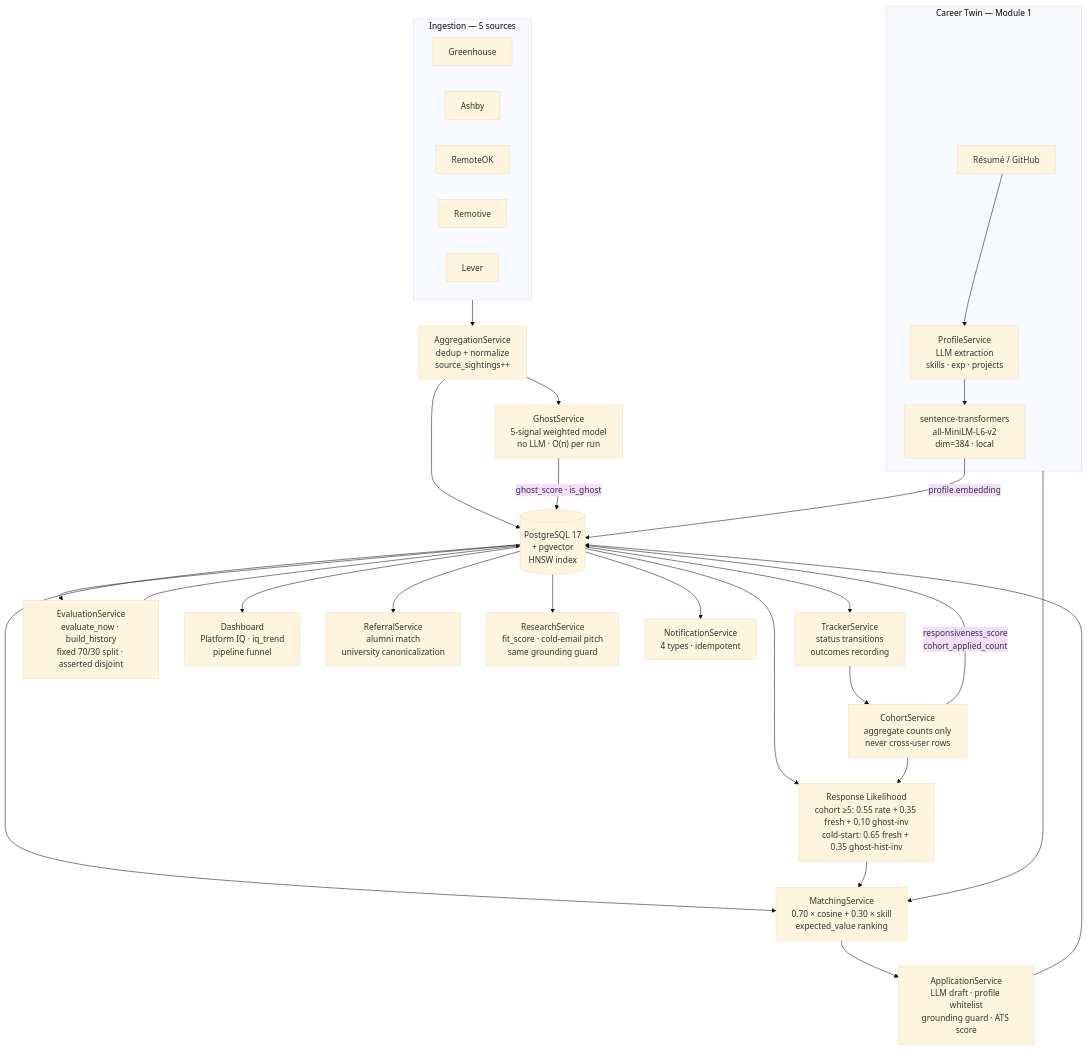
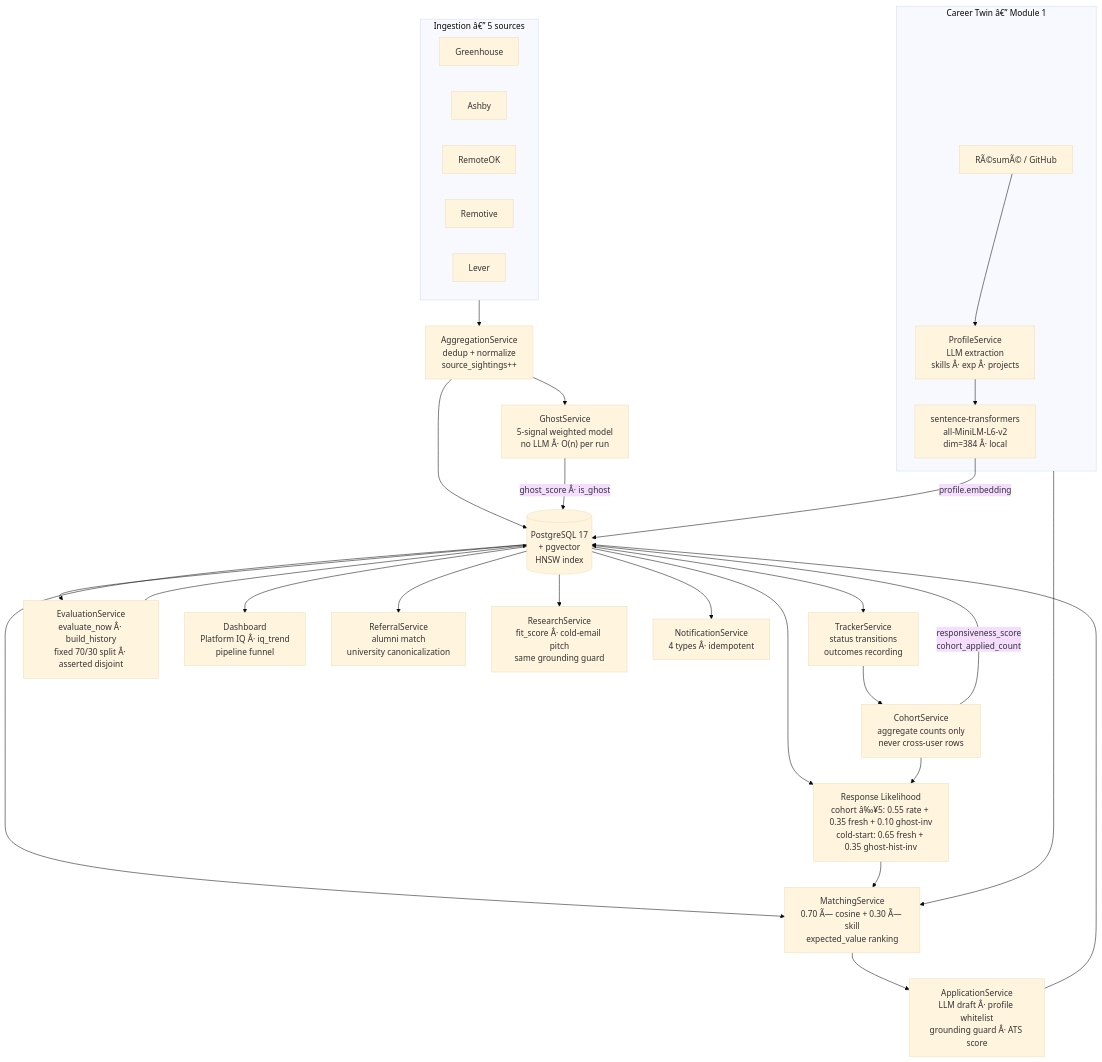
Before and after one commit to JhanviBarot/InternPilot: the diagram in DOCUMENTATION.md, drawn with Mermaid (base theme). The commit also changed other lines of this file and 2 other files, not shown here.

````diff
--- a/DOCUMENTATION.md
+++ b/DOCUMENTATION.md
@@ -93,42 +93,42 @@
 ```mermaid
 flowchart TD
-    subgraph SRC["Ingestion — 5 sources"]
+    subgraph SRC["Ingestion â€” 5 sources"]
         G[Greenhouse] & A[Ashby] & RO[RemoteOK] & RV[Remotive] & LV[Lever]
     end
 
     SRC --> AGG["AggregationService\ndedup + normalize\nsource_sightings++"]
     AGG --> PG[("PostgreSQL 17\n+ pgvector\nHNSW index")]
 
-    AGG --> GHOST["GhostService\n5-signal weighted model\nno LLM · O(n) per run"]
-    GHOST -->|"ghost_score · is_ghost"| PG
+    AGG --> GHOST["GhostService\n5-signal weighted model\nno LLM Â· O(n) per run"]
+    GHOST -->|"ghost_score Â· is_ghost"| PG
 
-    subgraph TWIN["Career Twin — Module 1"]
-        RES["Résumé / GitHub"] --> PROF["ProfileService\nLLM extraction\nskills · exp · projects"]
-        PROF --> EMB["sentence-transformers\nall-MiniLM-L6-v2\ndim=384 · local"]
+    subgraph TWIN["Career Twin â€” Module 1"]
+        RES["RÃ©sumÃ© / GitHub"] --> PROF["ProfileService\nLLM extraction\nskills Â· exp Â· projects"]
+        PROF --> EMB["sentence-transformers\nall-MiniLM-L6-v2\ndim=384 Â· local"]
     end
 
     EMB -->|"profile.embedding"| PG
 
-    PG --> MATCH["MatchingService\n0.70 × cosine + 0.30 × skill\nexpected_value ranking"]
+    PG --> MATCH["MatchingService\n0.70 Ã— cosine + 0.30 Ã— skill\nexpected_value ranking"]
     TWIN --> MATCH
 
-    PG --> RL["Response Likelihood\ncohort ≥5: 0.55 rate + 0.35 fresh + 0.10 ghost-inv\ncold-start: 0.65 fresh + 0.35 ghost-hist-inv"]
+    PG --> RL["Response Likelihood\ncohort â‰¥5: 0.55 rate + 0.35 fresh + 0.10 ghost-inv\ncold-start: 0.65 fresh + 0.35 ghost-hist-inv"]
     RL --> MATCH
 
-    MATCH --> APPAS["ApplicationService\nLLM draft · profile whitelist\ngrounding guard · ATS score"]
+    MATCH --> APPAS["ApplicationService\nLLM draft Â· profile whitelist\ngrounding guard Â· ATS score"]
     APPAS --> PG
 
     PG --> TRACK["TrackerService\nstatus transitions\noutcomes recording"]
     TRACK --> COHORT["CohortService\naggregate counts only\nnever cross-user rows"]
     COHORT -->|"responsiveness_score\ncohort_applied_count"| PG
     COHORT --> RL
 
-    PG --> EVAL["EvaluationService\nevaluate_now · build_history\nfixed 70/30 split · asserted disjoint"]
+    PG --> EVAL["EvaluationService\nevaluate_now Â· build_history\nfixed 70/30 split Â· asserted disjoint"]
     EVAL --> PG
 
-    PG --> DASH["Dashboard\nPlatform IQ · iq_trend\npipeline funnel"]
+    PG --> DASH["Dashboard\nPlatform IQ Â· iq_trend\npipeline funnel"]
 
     PG --> REF["ReferralService\nalumni match\nuniversity canonicalization"]
-    PG --> RSCH["ResearchService\nfit_score · cold-email pitch\nsame grounding guard"]
-    PG --> NOTIF["NotificationService\n4 types · idempotent"]
+    PG --> RSCH["ResearchService\nfit_score Â· cold-email pitch\nsame grounding guard"]
+    PG --> NOTIF["NotificationService\n4 types Â· idempotent"]
 ```
````
